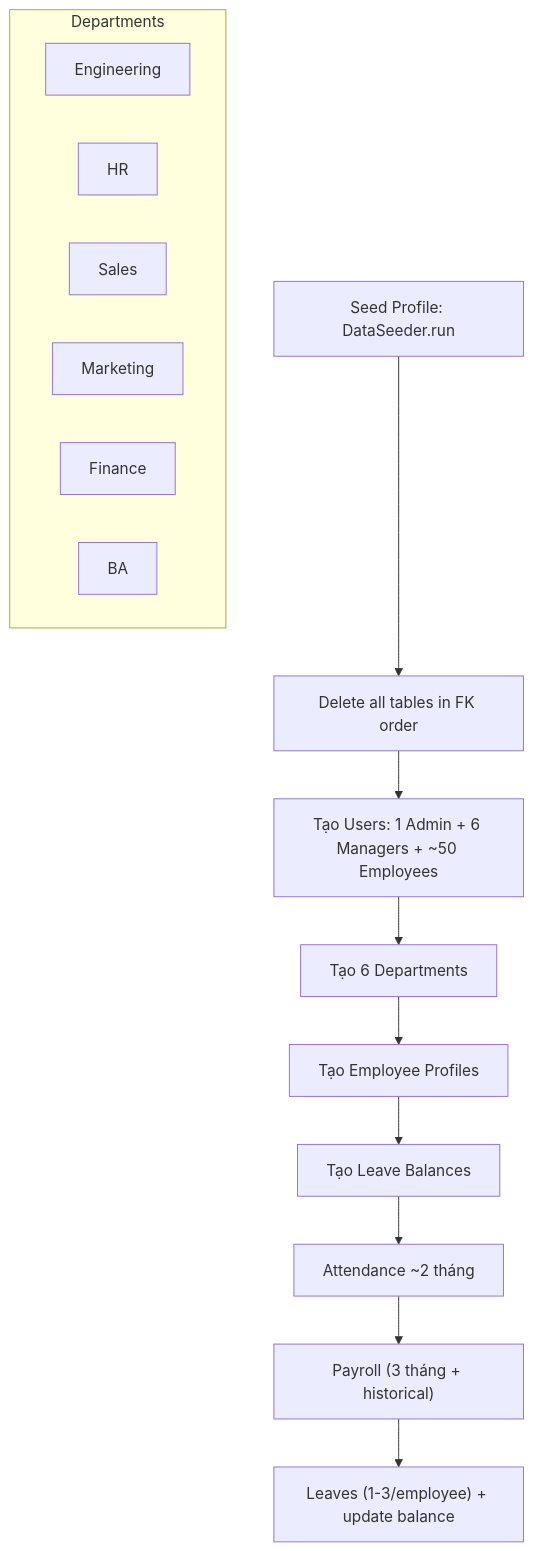
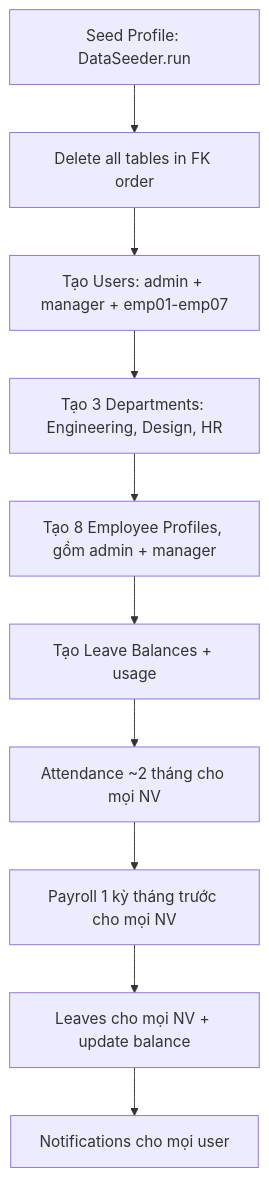
Before and after one commit to nghiaxh/hr-management: the seventh of 24 diagrams in docs/SDD.md, drawn with Mermaid. The commit also changed other lines of this file and 6 other files, not shown here.

````diff
--- a/docs/SDD.md
+++ b/docs/SDD.md
@@ -497,15 +508,12 @@
 ```mermaid
 graph TB
     SEED[Seed Profile: DataSeeder.run] --> DROP[Delete all tables in FK order]
-    DROP --> USERS[Tạo Users: 1 Admin + 6 Managers + ~50 Employees]
-    USERS --> DEPTS[Tạo 6 Departments]
-    subgraph Departments
-        D1[Engineering] & D2[HR] & D3[Sales]
-        D4[Marketing] & D5[Finance] & D6[BA]
-    end
-    DEPTS --> EMPPROF[Tạo Employee Profiles]
-    EMPPROF --> LB[Tạo Leave Balances]
-    LB --> ATT[Attendance ~2 tháng]
-    ATT --> PAYROLL["Payroll (3 tháng + historical)"]
-    PAYROLL --> LEAVES["Leaves (1-3/employee) + update balance"]
+    DROP --> USERS[Tạo Users: admin + manager + emp01-emp07]
+    USERS --> DEPTS[Tạo 3 Departments: Engineering, Design, HR]
+    DEPTS --> EMPPROF[Tạo 8 Employee Profiles, gồm admin + manager]
+    EMPPROF --> LB[Tạo Leave Balances + usage]
+    LB --> ATT[Attendance ~2 tháng cho mọi NV]
+    ATT --> PAYROLL["Payroll 1 kỳ tháng trước cho mọi NV"]
+    PAYROLL --> LEAVES[Leaves cho mọi NV + update balance]
+    LEAVES --> NOTIF[Notifications cho mọi user]
 ```
````
